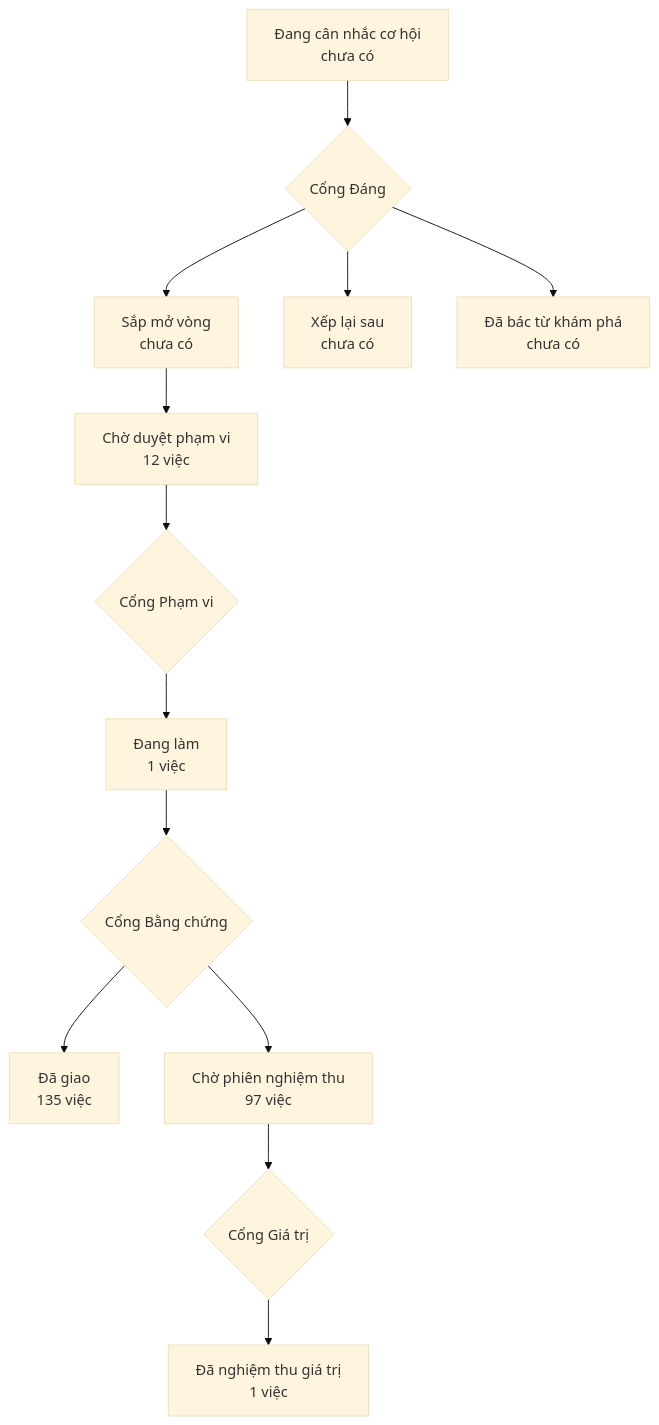
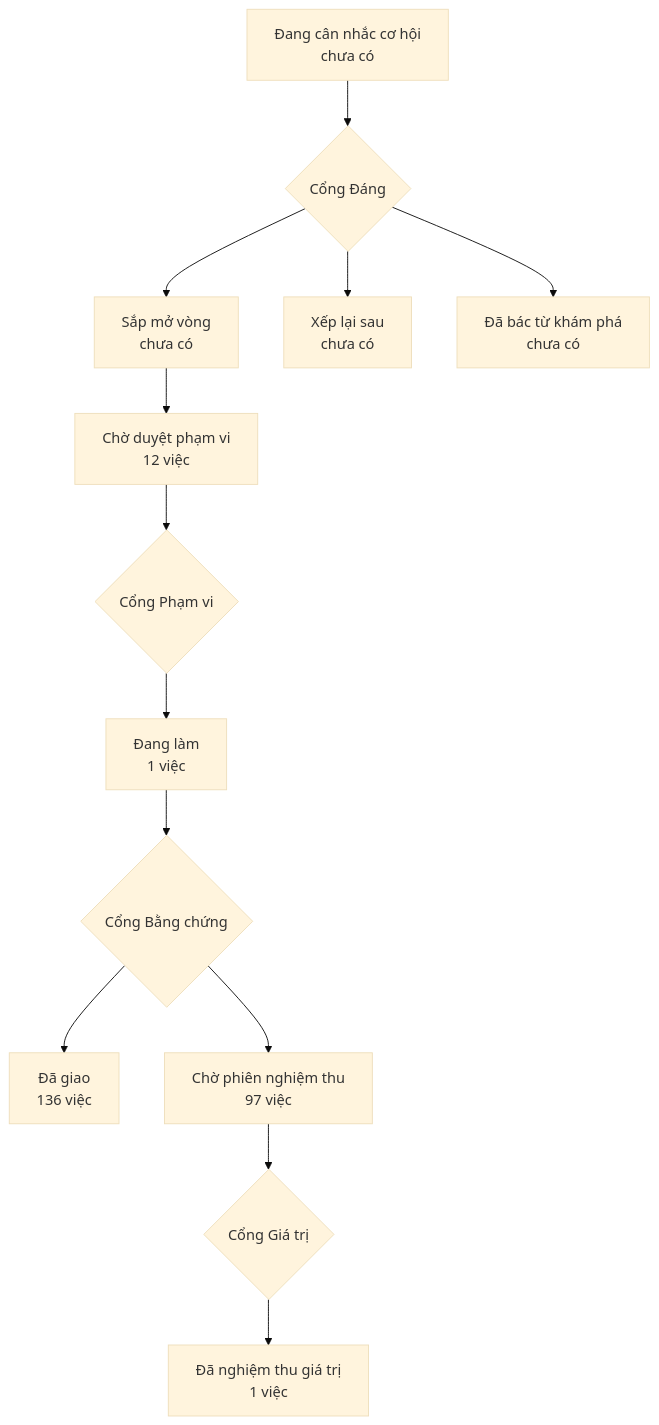
The diagram in PRODUCT-MAP.md (phanlemanh/onehub-invest), drawn with Mermaid (base theme) before and after one commit. The commit also changed other lines of this file and 7 other files, not shown here.

Commit message:
docs(acceptance): GC0 xong thi công — ROADMAP as-built, sổ quyết định, status implemented

````diff
--- a/PRODUCT-MAP.md
+++ b/PRODUCT-MAP.md
@@ -7,12 +7,12 @@
 ```mermaid
 flowchart TD
   A["Đang cân nhắc cơ hội<br/>chưa có"] --> GD{"Cổng Đáng"}
   GD --> B["Sắp mở vòng<br/>chưa có"]
   GD --> XL["Xếp lại sau<br/>chưa có"]
   GD --> DB["Đã bác từ khám phá<br/>chưa có"]
   B --> CD["Chờ duyệt phạm vi<br/>12 việc"] --> GP{"Cổng Phạm vi"}
   GP --> DL["Đang làm<br/>1 việc"] --> GB{"Cổng Bằng chứng"}
-  GB --> DG["Đã giao<br/>135 việc"]
+  GB --> DG["Đã giao<br/>136 việc"]
   GB --> CN["Chờ phiên nghiệm thu<br/>97 việc"] --> GG{"Cổng Giá trị"}
   GG --> NT["Đã nghiệm thu giá trị<br/>1 việc"]
 ```
````
